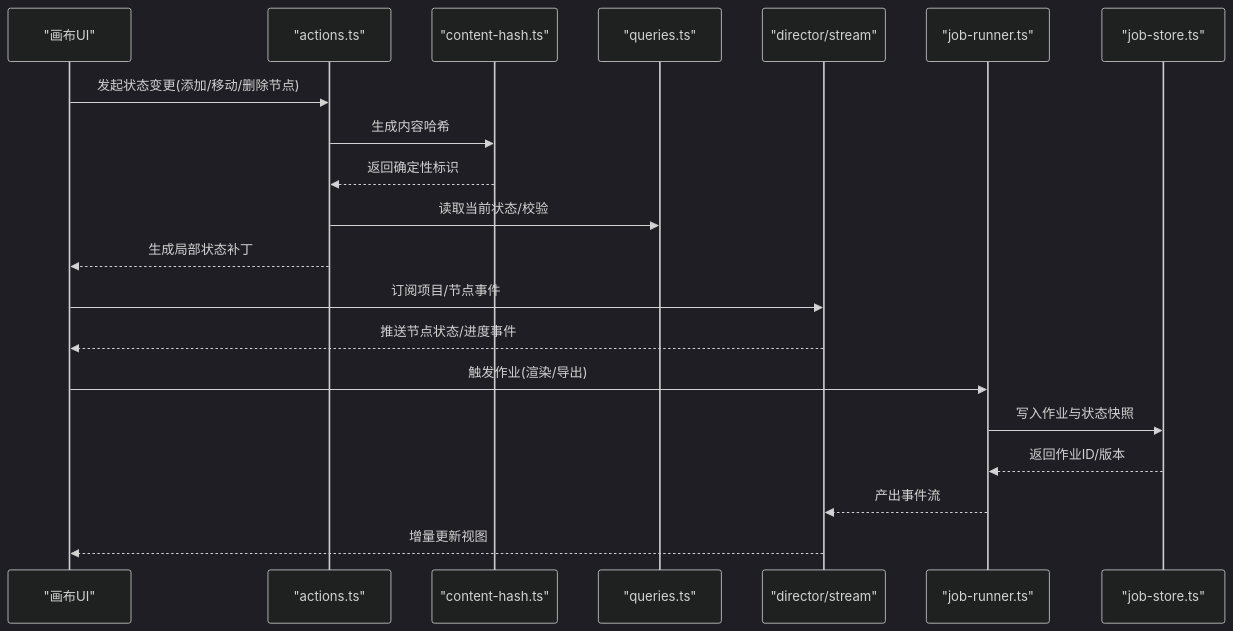
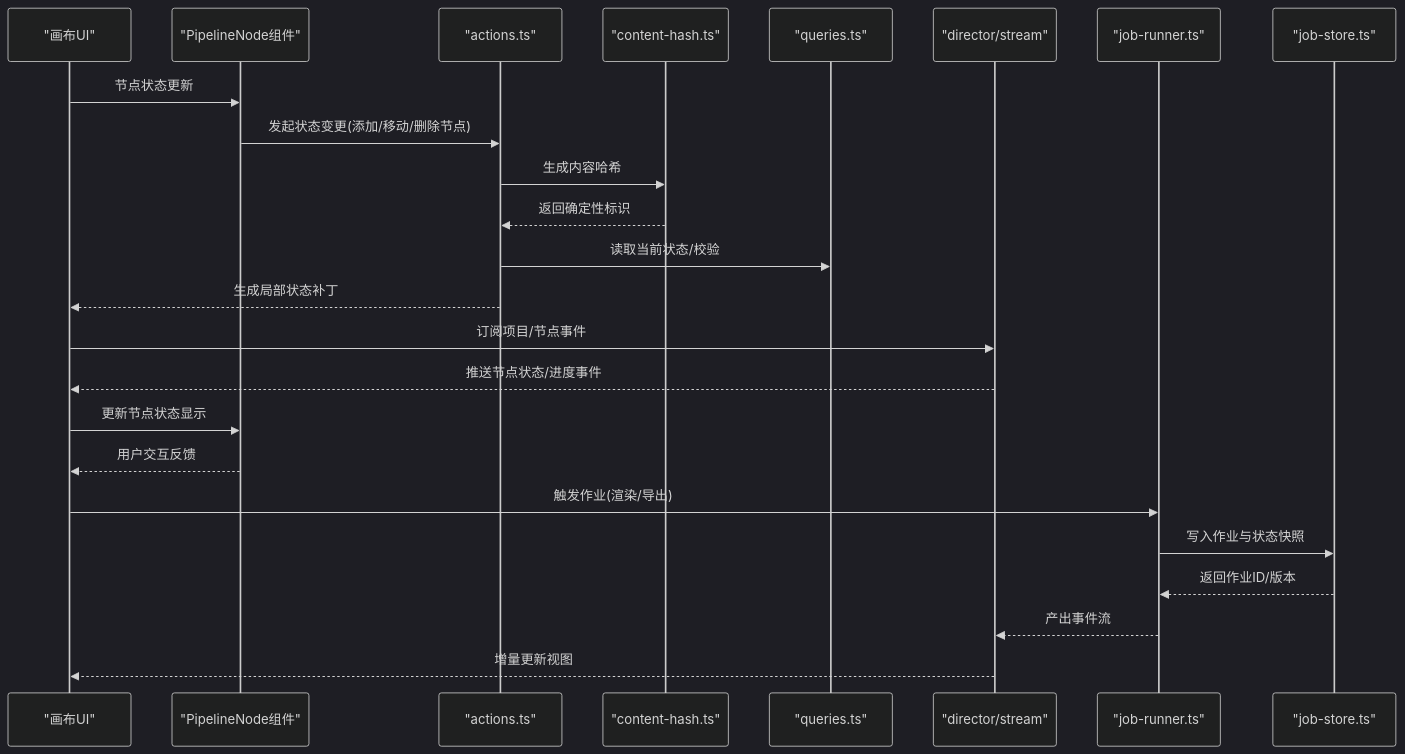
Before and after one commit to scottcwy/PurpleInk: the second of 5 diagrams in .qoder/repowiki/zh/content/画布编辑器/画布状态管理.md, drawn with Mermaid (dark theme). The commit also changed other lines of this file and 23 other files, not shown here.

````diff
--- a/.qoder/repowiki/zh/content/画布编辑器/画布状态管理.md
+++ b/.qoder/repowiki/zh/content/画布编辑器/画布状态管理.md
@@ -119,22 +134,26 @@
 ```mermaid
 sequenceDiagram
 participant UI as "画布UI"
+participant PipelineNode as "PipelineNode组件"
 participant Actions as "actions.ts"
 participant Hash as "content-hash.ts"
 participant Queries as "queries.ts"
 participant Stream as "director/stream"
 participant Runner as "job-runner.ts"
 participant Store as "job-store.ts"
-UI->>Actions : 发起状态变更(添加/移动/删除节点)
+UI->>PipelineNode : 节点状态更新
+PipelineNode->>Actions : 发起状态变更(添加/移动/删除节点)
 Actions->>Hash : 生成内容哈希
 Hash-->>Actions : 返回确定性标识
 Actions->>Queries : 读取当前状态/校验
 Actions-->>UI : 生成局部状态补丁
 UI->>Stream : 订阅项目/节点事件
 Stream-->>UI : 推送节点状态/进度事件
+UI->>PipelineNode : 更新节点状态显示
+PipelineNode-->>UI : 用户交互反馈
 UI->>Runner : 触发作业(渲染/导出)
 Runner->>Store : 写入作业与状态快照
 Store-->>Runner : 返回作业ID/版本
 Runner-->>Stream : 产出事件流
 Stream-->>UI : 增量更新视图
 ```
````
